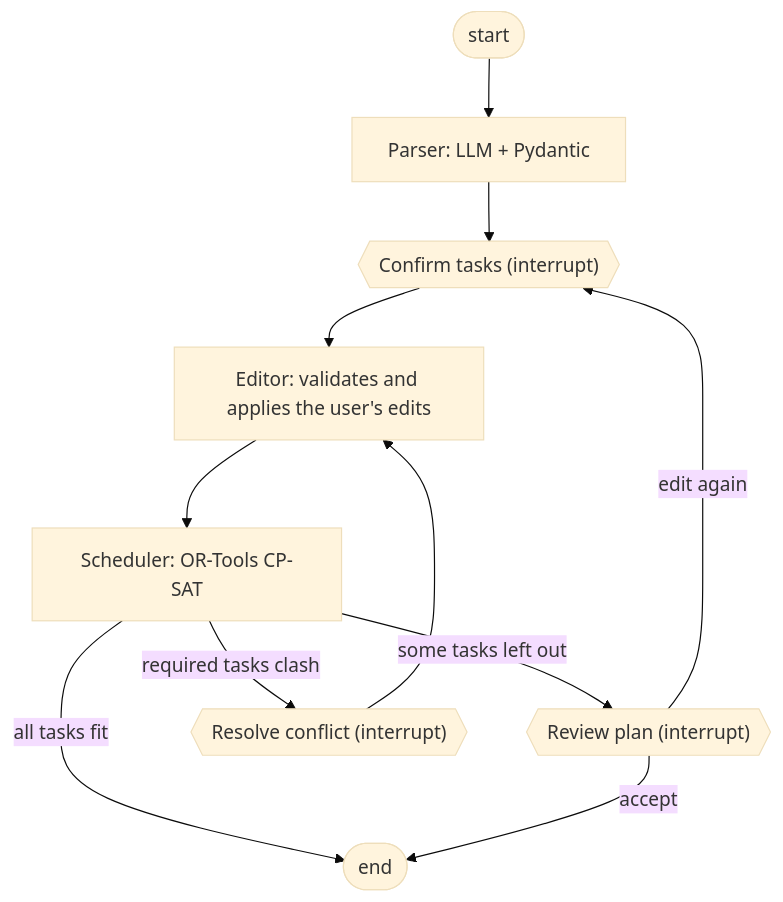
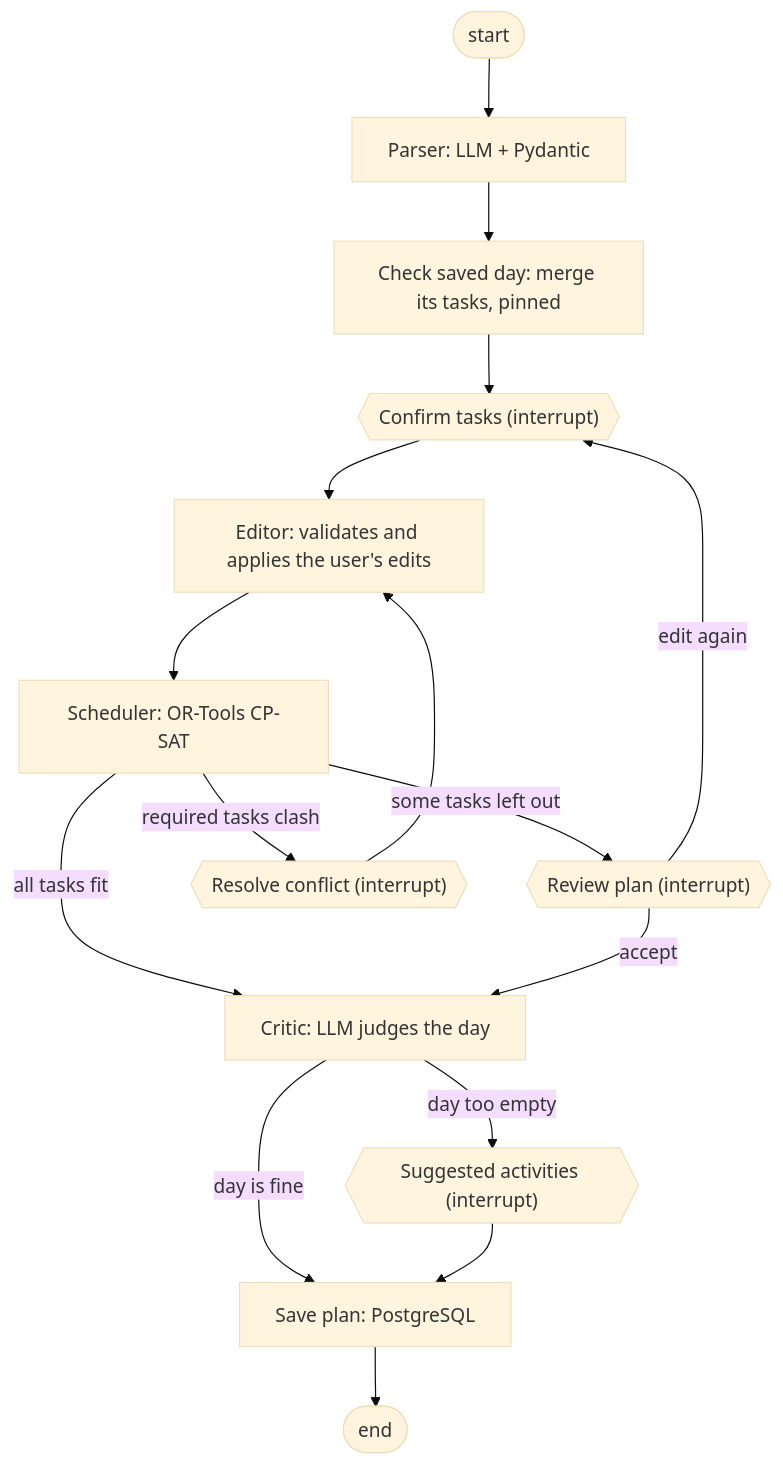
Before and after one commit to LenionK/agentic-day-planner: the diagram in README.md, drawn with Mermaid (base theme). The commit also changed other lines of this file and 3 other files, not shown here.

First line of the commit message:
feat(db): save only the tasks that are in the plan

````diff
--- a/README.md
+++ b/README.md
@@ -29,13 +33,18 @@
 ```mermaid
 flowchart TD
     START([start]) --> P["Parser: LLM + Pydantic"]
-    P --> C{{"Confirm tasks (interrupt)"}}
+    P --> D["Check saved day: merge its tasks, pinned"]
+    D --> C{{"Confirm tasks (interrupt)"}}
     C --> E["Editor: validates and applies the user's edits"]
     E --> S["Scheduler: OR-Tools CP-SAT"]
-    S -- "all tasks fit" --> END([end])
+    S -- "all tasks fit" --> K["Critic: LLM judges the day"]
     S -- "some tasks left out" --> R{{"Review plan (interrupt)"}}
     S -- "required tasks clash" --> X{{"Resolve conflict (interrupt)"}}
     X --> E
-    R -- "accept" --> END
+    R -- "accept" --> K
     R -- "edit again" --> C
+    K -- "day is fine" --> V["Save plan: PostgreSQL"]
+    K -- "day too empty" --> A{{"Suggested activities (interrupt)"}}
+    A --> V
+    V --> END([end])
 ```
````
